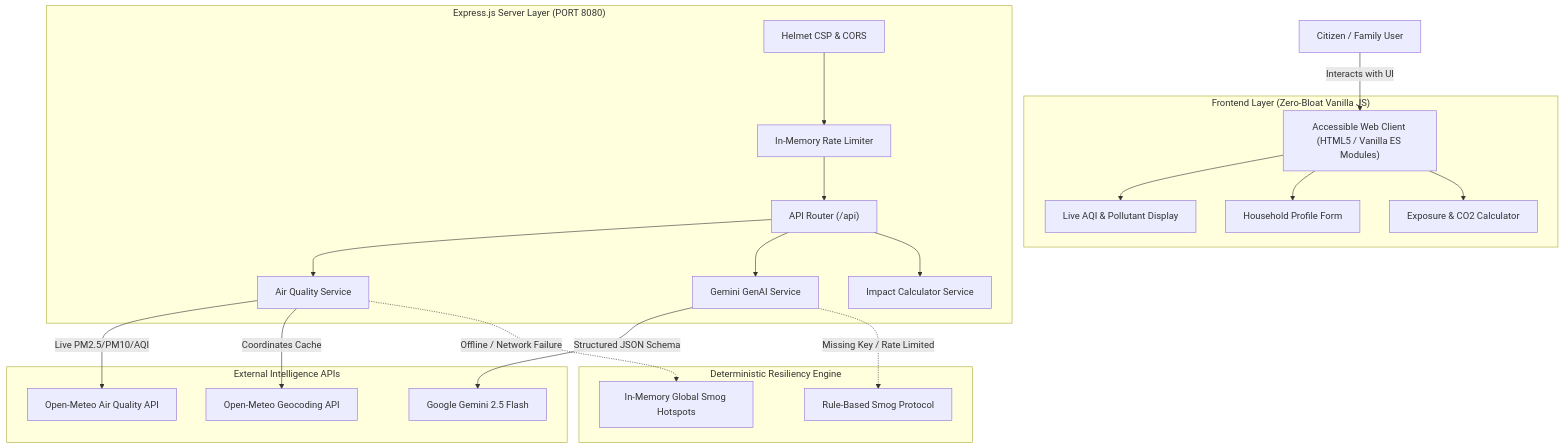
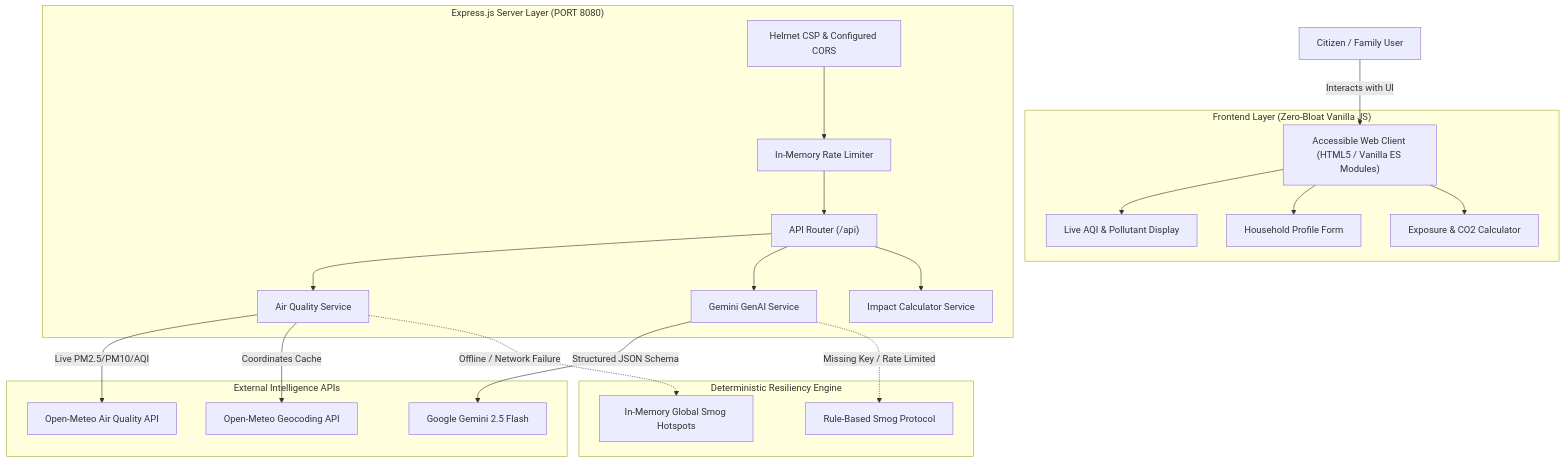
The diagram in README.md (Sukumar-Manivel/urban-air-assistant), drawn with Mermaid before and after one commit. The commit also changed other lines of this file and 14 other files, not shown here.

````diff
--- a/README.md
+++ b/README.md
@@ -36,30 +36,30 @@
 ```mermaid
 flowchart TD
     User["Citizen / Family User"] -->|Interacts with UI| WebClient["Accessible Web Client (HTML5 / Vanilla ES Modules)"]
     
     subgraph Frontend["Frontend Layer (Zero-Bloat Vanilla JS)"]
         WebClient --> LiveGauge["Live AQI & Pollutant Display"]
         WebClient --> ProfileForm["Household Profile Form"]
         WebClient --> CalcTool["Exposure & CO2 Calculator"]
     end
 
     subgraph Backend["Express.js Server Layer (PORT 8080)"]
-        Helmet["Helmet CSP & CORS"] --> RateLimit["In-Memory Rate Limiter"]
+        Helmet["Helmet CSP & Configured CORS"] --> RateLimit["In-Memory Rate Limiter"]
         RateLimit --> APIRouter["API Router (/api)"]
         
         APIRouter --> AirService["Air Quality Service"]
         APIRouter --> GeminiService["Gemini GenAI Service"]
         APIRouter --> CalcService["Impact Calculator Service"]
     end
 
     subgraph ExternalAPIs["External Intelligence APIs"]
         AirService -->|Live PM2.5/PM10/AQI| OpenMeteo["Open-Meteo Air Quality API"]
         AirService -->|Coordinates Cache| Geocoding["Open-Meteo Geocoding API"]
         GeminiService -->|Structured JSON Schema| GeminiAPI["Google Gemini 2.5 Flash"]
     end
 
     subgraph Fallbacks["Deterministic Resiliency Engine"]
         AirService -.->|Offline / Network Failure| PresetCache["In-Memory Global Smog Hotspots"]
         GeminiService -.->|Missing Key / Rate Limited| RuleEngine["Rule-Based Smog Protocol"]
     end
 ```
````
